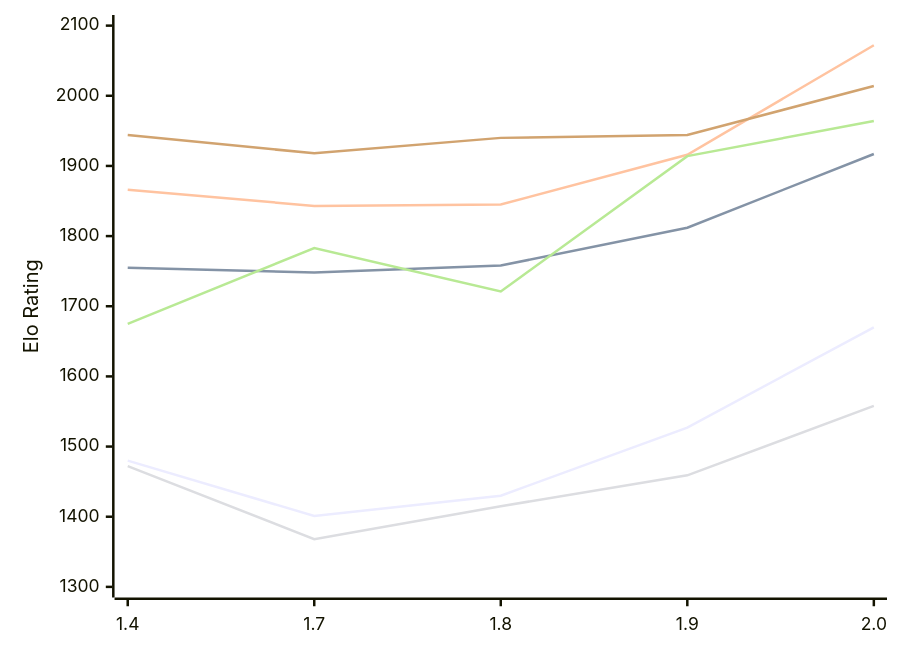
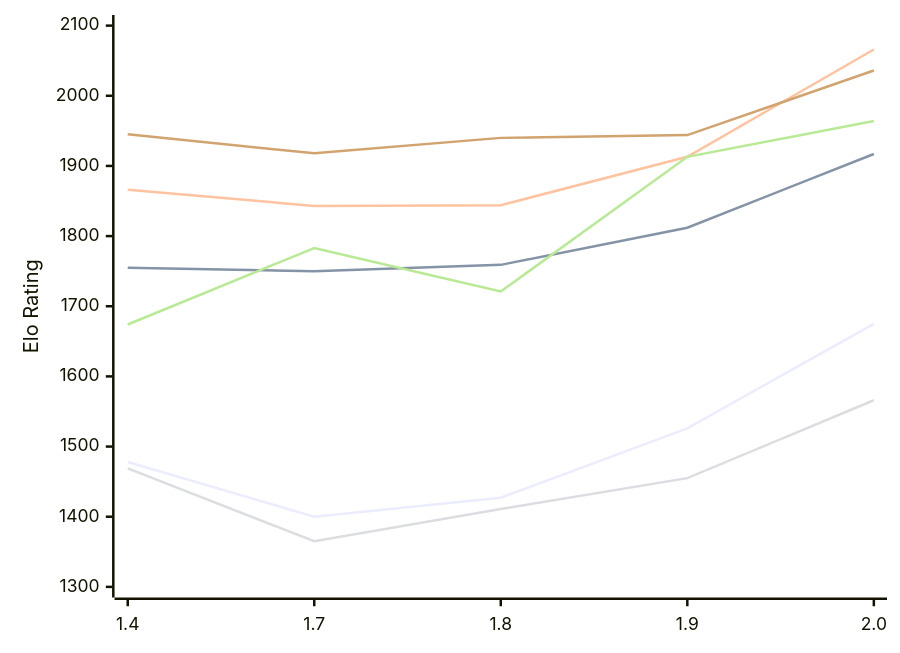
Before and after one commit to computer-chess-index/cci: the diagram in engines/Russell.md, drawn with Mermaid. The commit also changed other lines of this file, not shown here.

Commit message:
Update CCI Ratings (ELO VLTC) - 2026-11-09

````diff
--- a/engines/Russell.md
+++ b/engines/Russell.md
@@ -55,12 +55,12 @@
 ```mermaid
 %%{init: {"theme":"base","themeVariables":{"seriesColors:['#a3a3a3','#222221','#faa371']}}}%%
 xychart-beta
   x-axis ["1.4", "1.7", "1.8", "1.9", "2.0"]
   y-axis "Elo Rating" 1300 --> 2100
-  line "E1: STC (8.0+0.08s)" [1480, 1401, 1430, 1527, 1670]
-  line "E1: LTC (60.0+0.60s)" [1755, 1748, 1758, 1812, 1917]
-  line "E1: VLTC (2m24s+1.12s)" [1866, 1843, 1845, 1916, 2072]
-  line "P1: STC (8.0+0.08s)" [1472, 1368, 1415, 1459, 1558]
-  line "P1: LTC (60.0+0.60s)" [1675, 1783, 1721, 1914, 1964]
-  line "P1: VLTC (2m24s+1.12s)" [1944, 1918, 1940, 1944, 2014]
+  line "E1: STC (8.0+0.08s)" [1478, 1400, 1427, 1526, 1675]
+  line "E1: LTC (60.0+0.60s)" [1755, 1750, 1759, 1812, 1917]
+  line "E1: VLTC (2m24s+1.12s)" [1866, 1843, 1844, 1913, 2066]
+  line "P1: STC (8.0+0.08s)" [1469, 1365, 1411, 1455, 1566]
+  line "P1: LTC (60.0+0.60s)" [1674, 1783, 1721, 1913, 1964]
+  line "P1: VLTC (2m24s+1.12s)" [1945, 1918, 1940, 1944, 2036]
 ```
````
